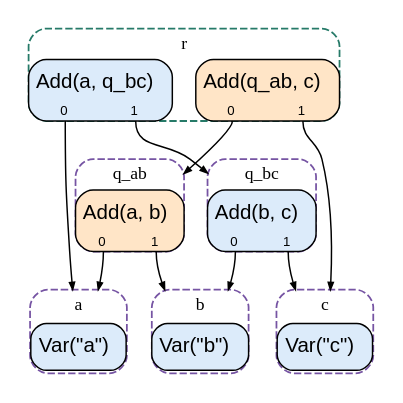
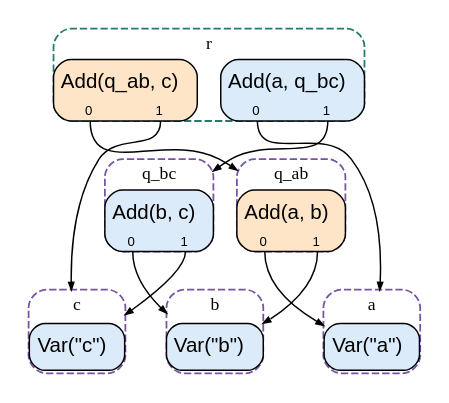
The diagram in docs/papers/figures/native/assoc.dot (MilkBlock/fractal_egraph), drawn with Graphviz before and after one commit. The commit also changed other lines of this file and 38 other files, not shown here.

Commit message:
docs(paper): add native recursive array graphs

```diff
--- a/docs/papers/figures/native/assoc.dot
+++ b/docs/papers/figures/native/assoc.dot
@@ -1,84 +1,84 @@
 digraph  {
   compound=true
   rank=same
   fontname="Times-Roman"
   fontsize=12
   margin=0.10
   nodesep=0.22
   ranksep=0.65
   bgcolor="white"
   edge[arrowsize=0.5]
   node[shape=none,margin=0,fontname=helvetica]
   outputorder=edgesfirst
   graph[style="dashed,rounded",fontname="Times-Roman"]
   subgraph "outer_cluster_Math-1" {
     subgraph "cluster_Math-1" {
       label="b"; color="#7654A3"; fillcolor="white"; penwidth=1.2;
       subgraph  {
         "function-1-Var"[label=<<TABLE BGCOLOR="#DCEBFA" CELLBORDER="0" CELLSPACING="0" CELLPADDING="0" style="rounded"><tr><td BALIGN="left" CELLPADDING="4" WIDTH="30" HEIGHT="30" colspan="1">Var(&quot;b&quot;)</td></tr></TABLE>>,tooltip="Math-1: function-1-Var"]
       }
     }
     style="invis"
     cluster=true
   }
-  "function-2-Add":0:s -> "function-0-Var" [lhead="cluster_Math-0"]
-  "function-2-Add":1:s -> "function-1-Var" [lhead="cluster_Math-1"]
-  subgraph "outer_cluster_Math-5" {
-    subgraph "cluster_Math-5" {
-      label="q_ab"; color="#7654A3"; fillcolor="white"; penwidth=1.2;
+  subgraph "outer_cluster_Math-2" {
+    subgraph "cluster_Math-2" {
+      label="c"; color="#7654A3"; fillcolor="white"; penwidth=1.2;
       subgraph  {
-        "function-2-Add"[label=<<TABLE BGCOLOR="#FFE5C7" CELLBORDER="0" CELLSPACING="0" CELLPADDING="0" style="rounded"><tr><td BALIGN="left" CELLPADDING="4" WIDTH="30" HEIGHT="30" colspan="2">Add(a, b)</td></tr><TR><TD PORT="0"><FONT POINT-SIZE="9">0</FONT></TD><TD PORT="1"><FONT POINT-SIZE="9">1</FONT></TD></TR></TABLE>>,tooltip="Math-5: function-2-Add"]
+        "function-2-Var"[label=<<TABLE BGCOLOR="#DCEBFA" CELLBORDER="0" CELLSPACING="0" CELLPADDING="0" style="rounded"><tr><td BALIGN="left" CELLPADDING="4" WIDTH="30" HEIGHT="30" colspan="1">Var(&quot;c&quot;)</td></tr></TABLE>>,tooltip="Math-2: function-2-Var"]
+      }
+    }
+    style="invis"
+    cluster=true
+  }
+  "function-0-Add":0:s -> "function-1-Var" [lhead="cluster_Math-1"]
+  "function-0-Add":1:s -> "function-2-Var" [lhead="cluster_Math-2"]
+  subgraph "outer_cluster_Math-3" {
+    subgraph "cluster_Math-3" {
+      label="q_bc"; color="#7654A3"; fillcolor="white"; penwidth=1.2;
+      subgraph  {
+        "function-0-Add"[label=<<TABLE BGCOLOR="#DCEBFA" CELLBORDER="0" CELLSPACING="0" CELLPADDING="0" style="rounded"><tr><td BALIGN="left" CELLPADDING="4" WIDTH="30" HEIGHT="30" colspan="2">Add(b, c)</td></tr><TR><TD PORT="0"><FONT POINT-SIZE="9">0</FONT></TD><TD PORT="1"><FONT POINT-SIZE="9">1</FONT></TD></TR></TABLE>>,tooltip="Math-3: function-0-Add"]
       }
     }
     style="invis"
     cluster=true
   }
   "function-1-Add":0:s -> "function-0-Var" [lhead="cluster_Math-0"]
   "function-1-Add":1:s -> "function-0-Add" [lhead="cluster_Math-3"]
   "function-3-Add":0:s -> "function-2-Add" [lhead="cluster_Math-5"]
   "function-3-Add":1:s -> "function-2-Var" [lhead="cluster_Math-2"]
   subgraph "outer_cluster_Math-4" {
     subgraph "cluster_Math-4" {
       label="r"; color="#267A68"; fillcolor="white"; penwidth=1.2;
       subgraph  {
         "function-1-Add"[label=<<TABLE BGCOLOR="#DCEBFA" CELLBORDER="0" CELLSPACING="0" CELLPADDING="0" style="rounded"><tr><td BALIGN="left" CELLPADDING="4" WIDTH="30" HEIGHT="30" colspan="2">Add(a, q_bc)</td></tr><TR><TD PORT="0"><FONT POINT-SIZE="9">0</FONT></TD><TD PORT="1"><FONT POINT-SIZE="9">1</FONT></TD></TR></TABLE>>,tooltip="Math-4: function-1-Add"]
         "function-3-Add"[label=<<TABLE BGCOLOR="#FFE5C7" CELLBORDER="0" CELLSPACING="0" CELLPADDING="0" style="rounded"><tr><td BALIGN="left" CELLPADDING="4" WIDTH="30" HEIGHT="30" colspan="2">Add(q_ab, c)</td></tr><TR><TD PORT="0"><FONT POINT-SIZE="9">0</FONT></TD><TD PORT="1"><FONT POINT-SIZE="9">1</FONT></TD></TR></TABLE>>,tooltip="Math-4: function-3-Add"]
       }
     }
     style="invis"
     cluster=true
   }
-  "function-0-Add":0:s -> "function-1-Var" [lhead="cluster_Math-1"]
-  "function-0-Add":1:s -> "function-2-Var" [lhead="cluster_Math-2"]
-  subgraph "outer_cluster_Math-3" {
-    subgraph "cluster_Math-3" {
-      label="q_bc"; color="#7654A3"; fillcolor="white"; penwidth=1.2;
+  "function-2-Add":0:s -> "function-0-Var" [lhead="cluster_Math-0"]
+  "function-2-Add":1:s -> "function-1-Var" [lhead="cluster_Math-1"]
+  subgraph "outer_cluster_Math-5" {
+    subgraph "cluster_Math-5" {
+      label="q_ab"; color="#7654A3"; fillcolor="white"; penwidth=1.2;
       subgraph  {
-        "function-0-Add"[label=<<TABLE BGCOLOR="#DCEBFA" CELLBORDER="0" CELLSPACING="0" CELLPADDING="0" style="rounded"><tr><td BALIGN="left" CELLPADDING="4" WIDTH="30" HEIGHT="30" colspan="2">Add(b, c)</td></tr><TR><TD PORT="0"><FONT POINT-SIZE="9">0</FONT></TD><TD PORT="1"><FONT POINT-SIZE="9">1</FONT></TD></TR></TABLE>>,tooltip="Math-3: function-0-Add"]
-      }
-    }
-    style="invis"
-    cluster=true
-  }
-  subgraph "outer_cluster_Math-2" {
-    subgraph "cluster_Math-2" {
-      label="c"; color="#7654A3"; fillcolor="white"; penwidth=1.2;
-      subgraph  {
-        "function-2-Var"[label=<<TABLE BGCOLOR="#DCEBFA" CELLBORDER="0" CELLSPACING="0" CELLPADDING="0" style="rounded"><tr><td BALIGN="left" CELLPADDING="4" WIDTH="30" HEIGHT="30" colspan="1">Var(&quot;c&quot;)</td></tr></TABLE>>,tooltip="Math-2: function-2-Var"]
+        "function-2-Add"[label=<<TABLE BGCOLOR="#FFE5C7" CELLBORDER="0" CELLSPACING="0" CELLPADDING="0" style="rounded"><tr><td BALIGN="left" CELLPADDING="4" WIDTH="30" HEIGHT="30" colspan="2">Add(a, b)</td></tr><TR><TD PORT="0"><FONT POINT-SIZE="9">0</FONT></TD><TD PORT="1"><FONT POINT-SIZE="9">1</FONT></TD></TR></TABLE>>,tooltip="Math-5: function-2-Add"]
       }
     }
     style="invis"
     cluster=true
   }
   subgraph "outer_cluster_Math-0" {
     subgraph "cluster_Math-0" {
       label="a"; color="#7654A3"; fillcolor="white"; penwidth=1.2;
       subgraph  {
         "function-0-Var"[label=<<TABLE BGCOLOR="#DCEBFA" CELLBORDER="0" CELLSPACING="0" CELLPADDING="0" style="rounded"><tr><td BALIGN="left" CELLPADDING="4" WIDTH="30" HEIGHT="30" colspan="1">Var(&quot;a&quot;)</td></tr></TABLE>>,tooltip="Math-0: function-0-Var"]
       }
     }
     style="invis"
     cluster=true
   }
   margin=0
 }
```
